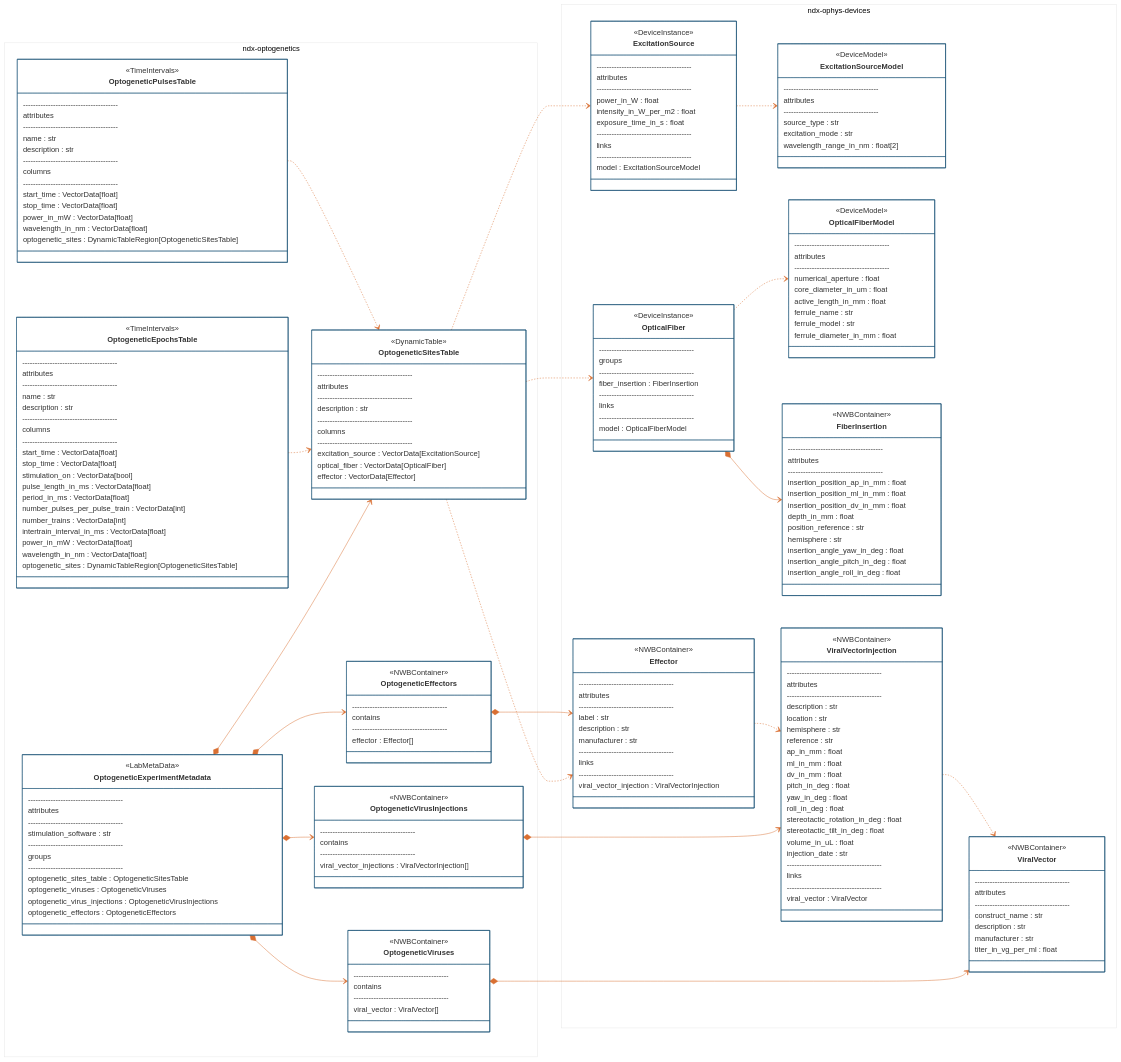
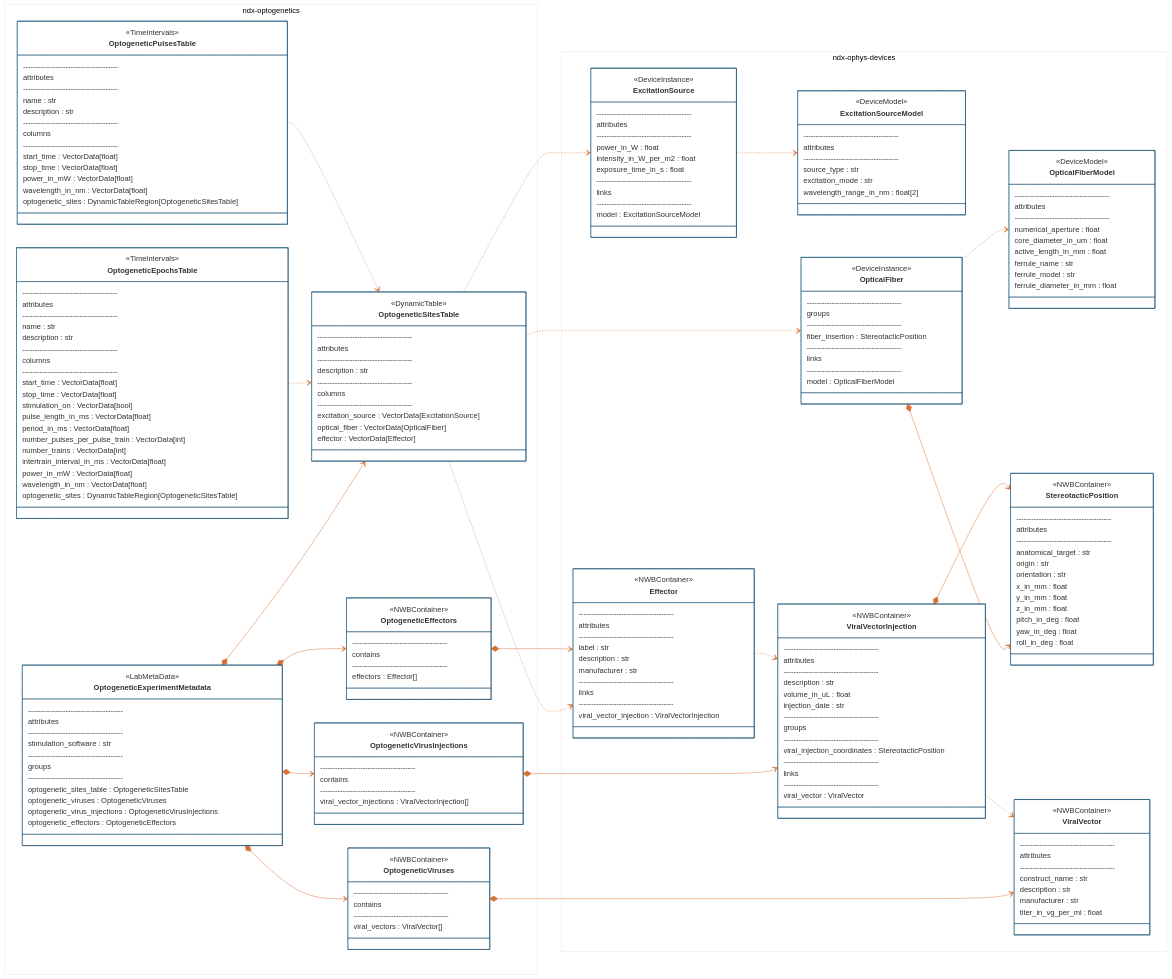
The diagram in README.md (rly/ndx-optogenetics), drawn with Mermaid before and after one commit. The commit also changed other lines of this file and 6 other files, not shown here.

````diff
--- a/README.md
+++ b/README.md
@@ -153,5 +151,5 @@
 ```mermaid
-%%{init: {'theme': 'base', 'themeVariables': {'primaryColor': '#ffffff', "primaryBorderColor': '#144E73', 'lineColor': '#D96F32'}}}%%
+%%{init: {'theme': 'base', 'themeVariables': {'primaryColor': '#ffffff', 'primaryBorderColor': '#144E73', 'lineColor': '#D96F32'}}}%%
 classDiagram
     direction LR
 
@@ -233,7 +231,7 @@
             --------------------------------------
             contains
             --------------------------------------
-            viral_vector : ViralVector[]
+            viral_vectors : ViralVector[]
         }
 
         class OptogeneticVirusInjections {
@@ -249,7 +247,7 @@
             --------------------------------------
             contains
             --------------------------------------
-            effector : Effector[]
+            effectors : Effector[]
         }
     }
 
@@ -293,20 +291,20 @@
             ferrule_diameter_in_mm : float
         }
 
-        class FiberInsertion {
+        class StereotacticPosition {
             <<NWBContainer>>
             --------------------------------------
             attributes
             --------------------------------------
-            insertion_position_ap_in_mm : float
-            insertion_position_ml_in_mm : float
-            insertion_position_dv_in_mm : float
-            depth_in_mm : float
-            position_reference : str
-            hemisphere : str
-            insertion_angle_yaw_in_deg : float
-            insertion_angle_pitch_in_deg : float
-            insertion_angle_roll_in_deg : float
+            anatomical_target : str
+            origin : str
+            orientation : str
+            x_in_mm : float
+            y_in_mm : float
+            z_in_mm : float
+            pitch_in_deg : float
+            yaw_in_deg : float
+            roll_in_deg : float
         }
 
         class OpticalFiber {
@@ -314,7 +312,7 @@
             --------------------------------------
             groups
             --------------------------------------
-            fiber_insertion : FiberInsertion
+            fiber_insertion : StereotacticPosition
             --------------------------------------
             links
             --------------------------------------
@@ -338,19 +336,12 @@
             attributes
             --------------------------------------
             description : str
-            location : str
-            hemisphere : str
-            reference : str
-            ap_in_mm : float
-            ml_in_mm : float
-            dv_in_mm : float
-            pitch_in_deg : float
-            yaw_in_deg : float
-            roll_in_deg : float
-            stereotactic_rotation_in_deg : float
-            stereotactic_tilt_in_deg : float
             volume_in_uL : float
             injection_date : str
+            --------------------------------------
+            groups
+            --------------------------------------
+            viral_injection_coordinates : StereotacticPosition
             --------------------------------------
             links
             --------------------------------------
@@ -386,7 +377,8 @@
     OptogeneticPulsesTable ..> OptogeneticSitesTable
     ExcitationSource ..> ExcitationSourceModel
     OpticalFiber ..> OpticalFiberModel
-    OpticalFiber *--> FiberInsertion
+    OpticalFiber *--> StereotacticPosition
+    ViralVectorInjection *--> StereotacticPosition
     ViralVectorInjection ..> ViralVector
     Effector ..> ViralVectorInjection
 ```
````
